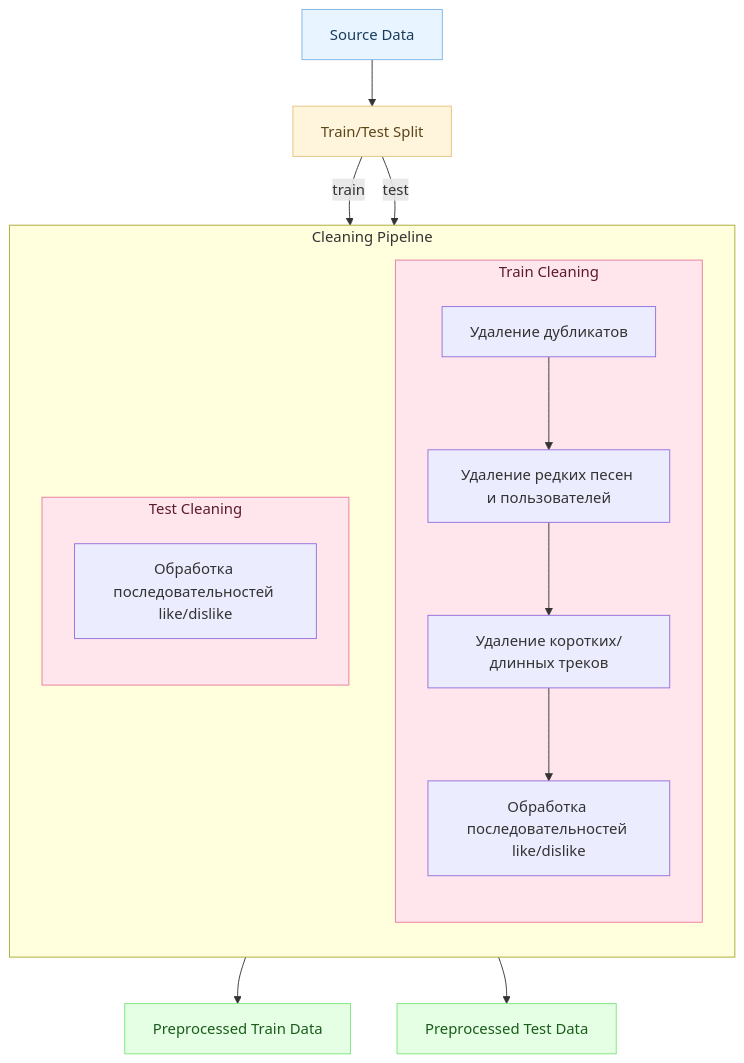
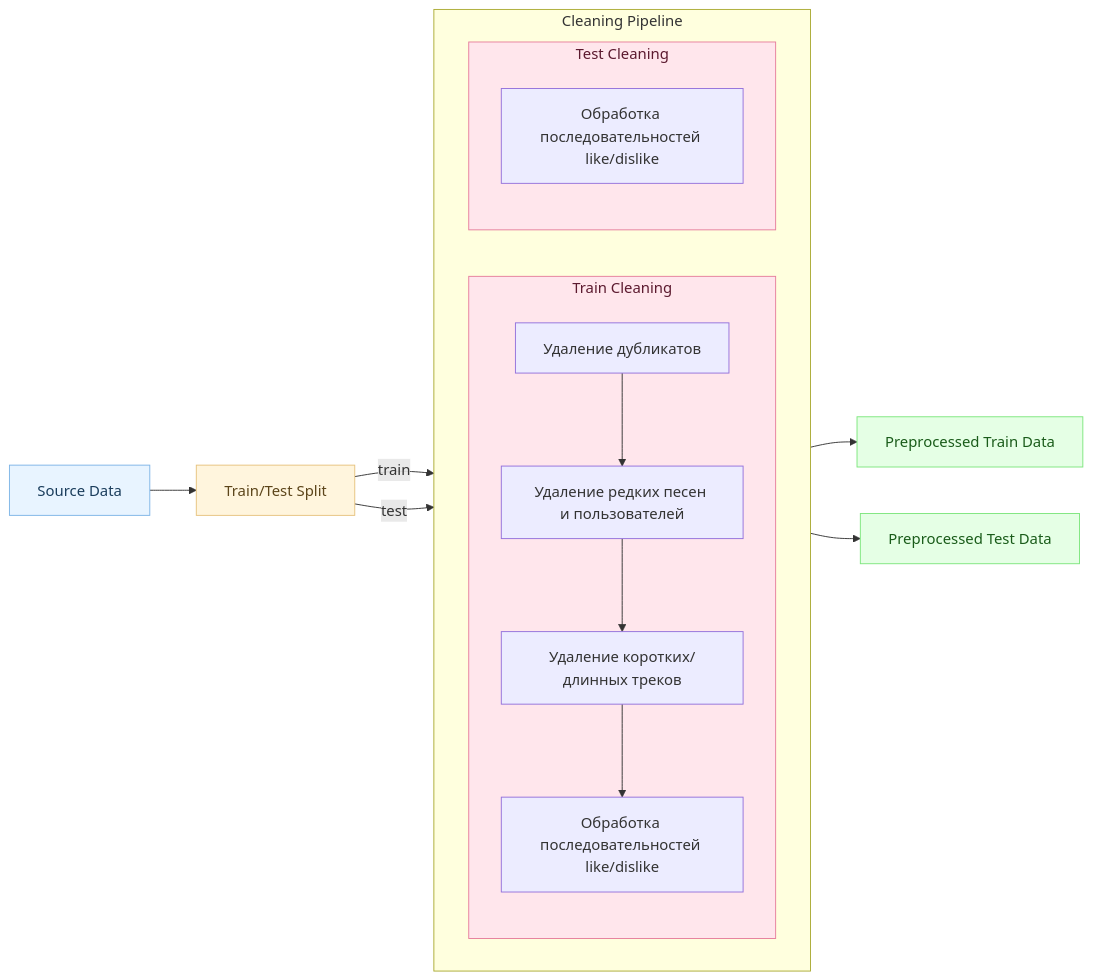
The first of 2 diagrams in README.md (Nastasy822/music-recommendation-experiments), drawn with Mermaid before and after one commit. The commit also changed other lines of this file and 1 other file, not shown here.

````diff
--- a/README.md
+++ b/README.md
@@ -138,52 +138,53 @@
 ```mermaid
-flowchart TB
+flowchart LR
 
     %% === Исходные данные ===
     SRC["Source Data"]
 
     %% === Train/Test Split ===
     SPLIT["Train/Test Split"]
 
     %% === Cleaning блок ===
     subgraph CLEANING["Cleaning Pipeline"]
-        direction TB
-        
+        direction LR
+
         %% === Train Cleaning ===
         subgraph TRAIN_CLN["Train Cleaning"]
             direction TB
             N1["Удаление дубликатов"]
             N2["Удаление редких песен и пользователей"]
             N3["Удаление коротких/длинных треков"]
             N4["Обработка последовательностей like/dislike"]
             N1 --> N2 --> N3 --> N4
         end
 
         %% === Test Cleaning ===
         subgraph TEST_CLN["Test Cleaning"]
             direction TB
             T1["Обработка последовательностей like/dislike"]
         end
     end
 
     PRE_TRAIN["Preprocessed Train Data"]
     PRE_TEST["Preprocessed Test Data"]
 
     %% === Потоки ===
     SRC --> SPLIT
     SPLIT -->|train| N1
     SPLIT -->|test| T1
 
     N4 --> PRE_TRAIN
     T1 --> PRE_TEST
 
     %% === Стили ===
     classDef source fill:#e8f4ff,stroke:#7db4e6,color:#1a3d5c;
     classDef split fill:#fff5dd,stroke:#e6c27d,color:#5c451a;
     classDef clean fill:#ffe6ec,stroke:#e67d9c,color:#5c1a2f;
     classDef result fill:#e5ffe5,stroke:#7de67d,color:#1a5c1a;
 
     class SRC source;
     class SPLIT split;
     class TRAIN_CLN,TEST_CLN clean;
     class PRE_TRAIN,PRE_TEST result;
+
 ```
````
